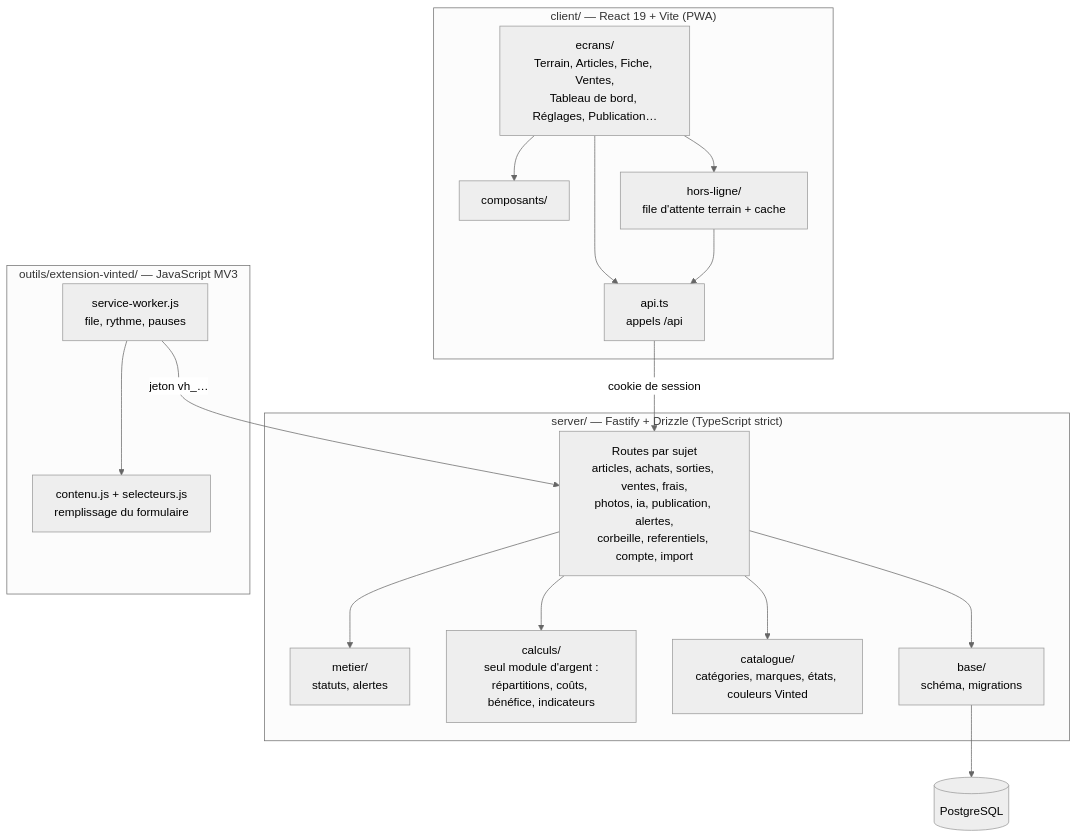
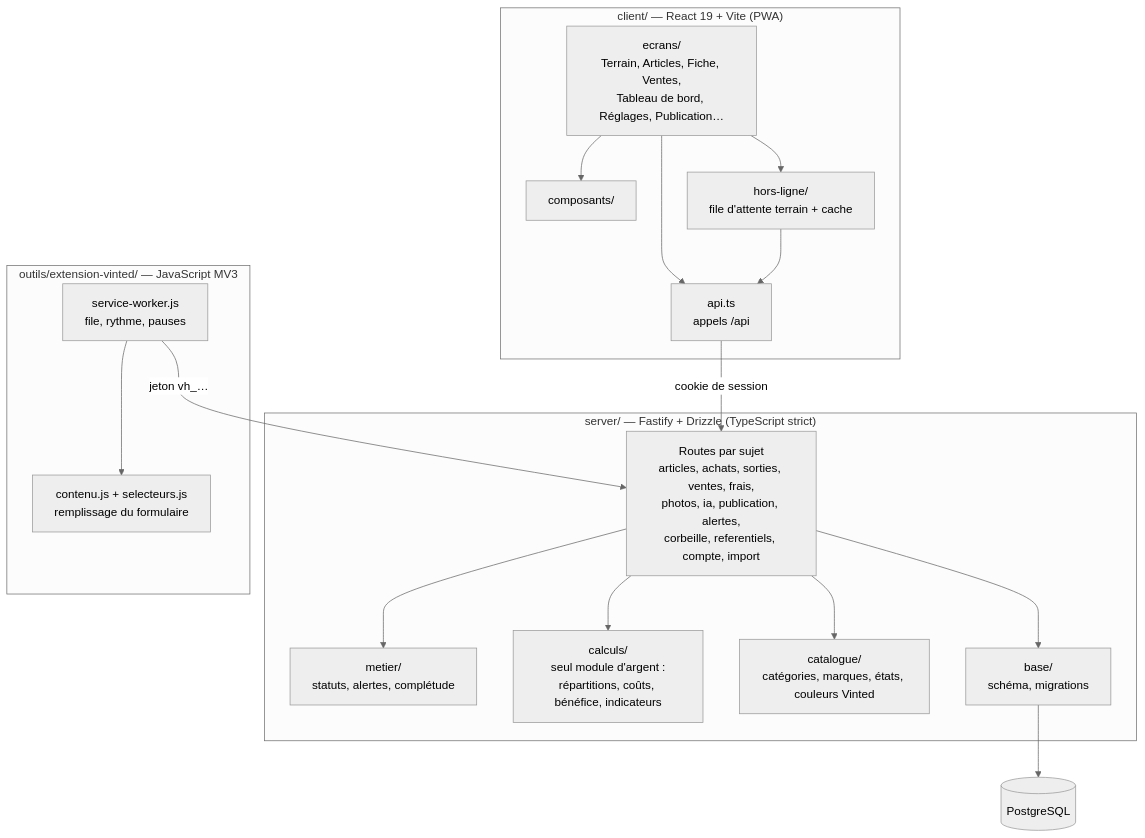
The second of 3 diagrams in docs/architecture.md (Plossec/Vinted-Helper), drawn with Mermaid (neutral theme) before and after one commit. The commit also changed other lines of this file and 26 other files, not shown here.

````diff
--- a/docs/architecture.md
+++ b/docs/architecture.md
@@ -50,35 +50,35 @@
 ```mermaid
 flowchart TB
   subgraph client["client/ — React 19 + Vite (PWA)"]
     ecrans["ecrans/<br/>Terrain, Articles, Fiche, Ventes,<br/>Tableau de bord, Réglages, Publication…"]
     composants["composants/"]
     api["api.ts<br/>appels /api"]
     hl["hors-ligne/<br/>file d'attente terrain + cache"]
     ecrans --> composants
     ecrans --> api
     ecrans --> hl
     hl --> api
   end
 
   subgraph serveur["server/ — Fastify + Drizzle (TypeScript strict)"]
     routes["Routes par sujet<br/>articles, achats, sorties, ventes, frais,<br/>photos, ia, publication, alertes,<br/>corbeille, referentiels, compte, import"]
-    metier["metier/<br/>statuts, alertes"]
+    metier["metier/<br/>statuts, alertes, complétude"]
     calculs["calculs/<br/>seul module d'argent :<br/>répartitions, coûts, bénéfice, indicateurs"]
     catalogue["catalogue/<br/>catégories, marques, états, couleurs Vinted"]
     base["base/<br/>schéma, migrations"]
     routes --> metier
     routes --> calculs
     routes --> catalogue
     routes --> base
   end
 
   subgraph extension["outils/extension-vinted/ — JavaScript MV3"]
     sw["service-worker.js<br/>file, rythme, pauses"]
     contenu["contenu.js + selecteurs.js<br/>remplissage du formulaire"]
     sw --> contenu
   end
 
   api -- "cookie de session" --> routes
   sw -- "jeton vh_…" --> routes
   base --> pg[("PostgreSQL")]
 ```
````
